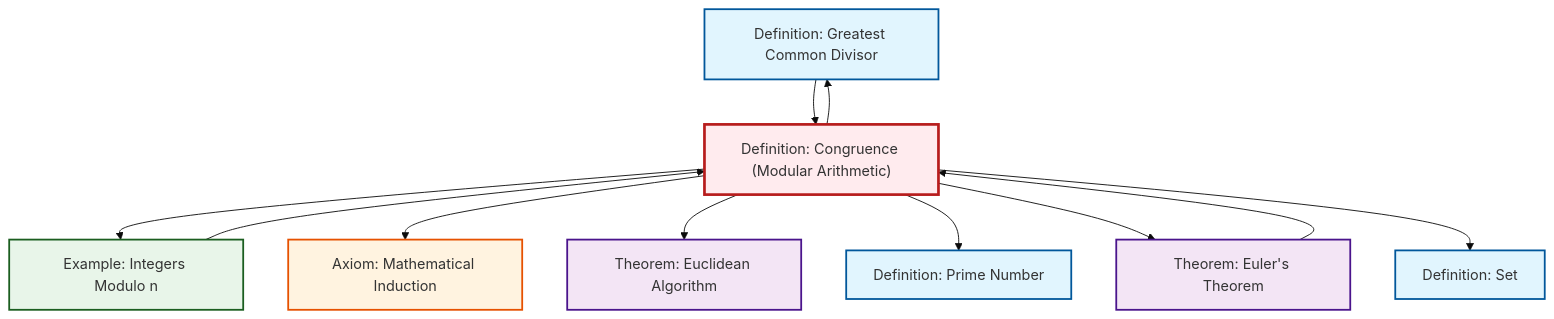
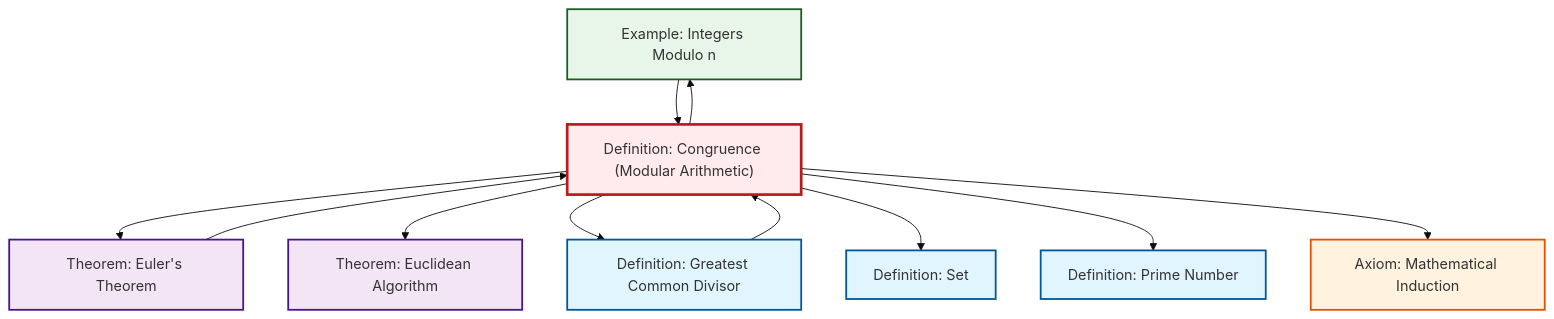
One commit to RK0429/ModernMath changed the diagram in content/ja/number-theory/def-congruence.qmd. Above: the diagram before and after it, drawn with Mermaid (base theme). The commit also changed other lines of this file and 434 other files, not shown here.

````diff
--- a/content/ja/number-theory/def-congruence.qmd
+++ b/content/ja/number-theory/def-congruence.qmd
@@ -122,35 +122,35 @@
 ```{mermaid}
 %%| fig-cap: "Local dependency graph"
 graph TD
     classDef definition fill:#e1f5fe,stroke:#01579b,stroke-width:2px
     classDef theorem fill:#f3e5f5,stroke:#4a148c,stroke-width:2px
     classDef axiom fill:#fff3e0,stroke:#e65100,stroke-width:2px
     classDef example fill:#e8f5e9,stroke:#1b5e20,stroke-width:2px
     classDef current fill:#ffebee,stroke:#b71c1c,stroke-width:3px
+    def-set["Definition: Set"]:::definition
+    ex-quotient-integers-mod-n["Example: Integers Modulo n"]:::example
+    thm-euclidean-algorithm["Theorem: Euclidean Algorithm"]:::theorem
+    def-prime["Definition: Prime Number"]:::definition
+    ax-induction["Axiom: Mathematical Induction"]:::axiom
     def-gcd["Definition: Greatest Common Divisor"]:::definition
     thm-euler["Theorem: Euler's Theorem"]:::theorem
-    ax-induction["Axiom: Mathematical Induction"]:::axiom
-    ex-quotient-integers-mod-n["Example: Integers Modulo n"]:::example
-    thm-euclidean-algorithm["Theorem: Euclidean Algorithm"]:::theorem
     def-congruence["Definition: Congruence (Modular Arithmetic)"]:::definition
-    def-set["Definition: Set"]:::definition
-    def-prime["Definition: Prime Number"]:::definition
+    def-congruence --> thm-euler
+    def-congruence --> thm-euclidean-algorithm
+    def-congruence --> def-gcd
+    ex-quotient-integers-mod-n --> def-congruence
     thm-euler --> def-congruence
     def-congruence --> ex-quotient-integers-mod-n
+    def-gcd --> def-congruence
+    def-congruence --> def-set
+    def-congruence --> def-prime
     def-congruence --> ax-induction
-    def-congruence --> thm-euclidean-algorithm
-    def-congruence --> def-prime
-    def-congruence --> thm-euler
-    def-congruence --> def-set
-    def-gcd --> def-congruence
-    def-congruence --> def-gcd
-    ex-quotient-integers-mod-n --> def-congruence
     class def-congruence current
+    click def-set "def-set.html" "Definition: Setへ"
+    click ex-quotient-integers-mod-n "ex-quotient-integers-mod-n.html" "Example: Integers Modulo nへ"
+    click thm-euclidean-algorithm "thm-euclidean-algorithm.html" "Theorem: Euclidean Algorithmへ"
+    click def-prime "def-prime.html" "Definition: Prime Numberへ"
+    click ax-induction "ax-induction.html" "Axiom: Mathematical Inductionへ"
     click def-gcd "def-gcd.html" "Definition: Greatest Common Divisorへ"
     click thm-euler "thm-euler.html" "Theorem: Euler's Theoremへ"
-    click ax-induction "ax-induction.html" "Axiom: Mathematical Inductionへ"
-    click ex-quotient-integers-mod-n "ex-quotient-integers-mod-n.html" "Example: Integers Modulo nへ"
-    click thm-euclidean-algorithm "thm-euclidean-algorithm.html" "Theorem: Euclidean Algorithmへ"
-    click def-set "def-set.html" "Definition: Setへ"
-    click def-prime "def-prime.html" "Definition: Prime Numberへ"
 ```
````
